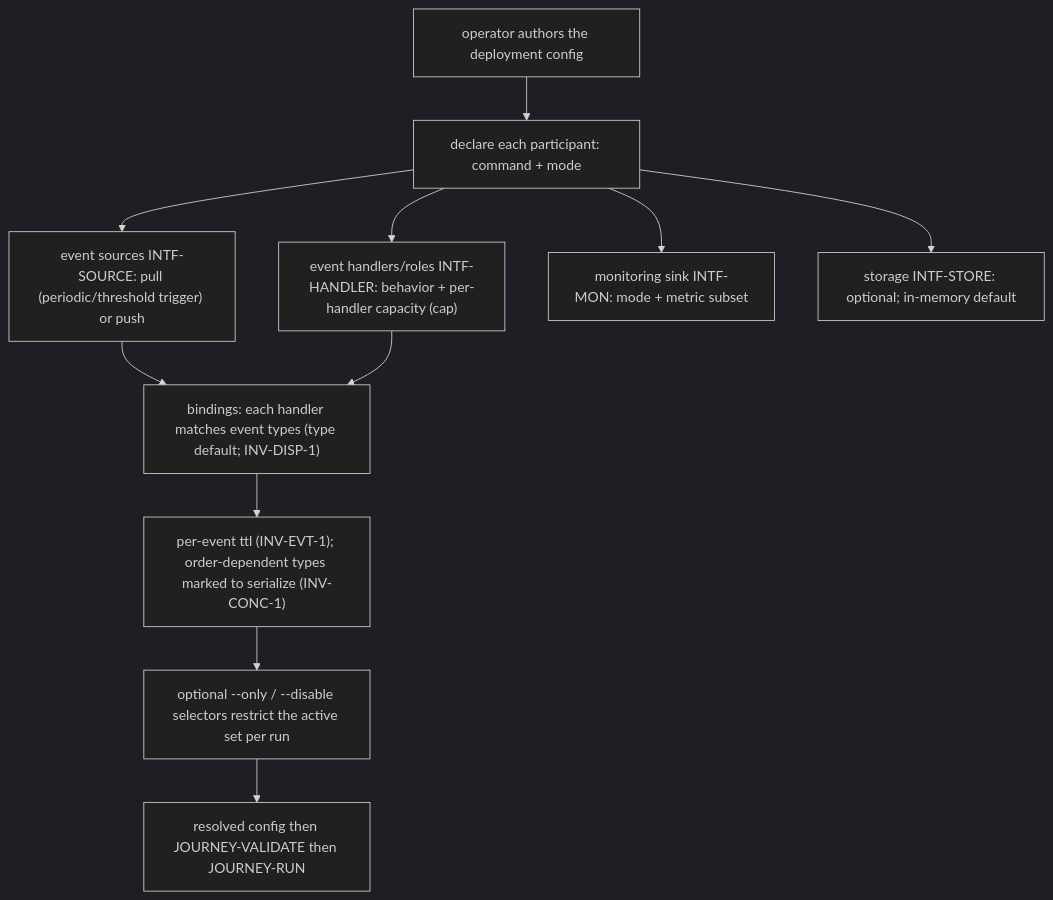
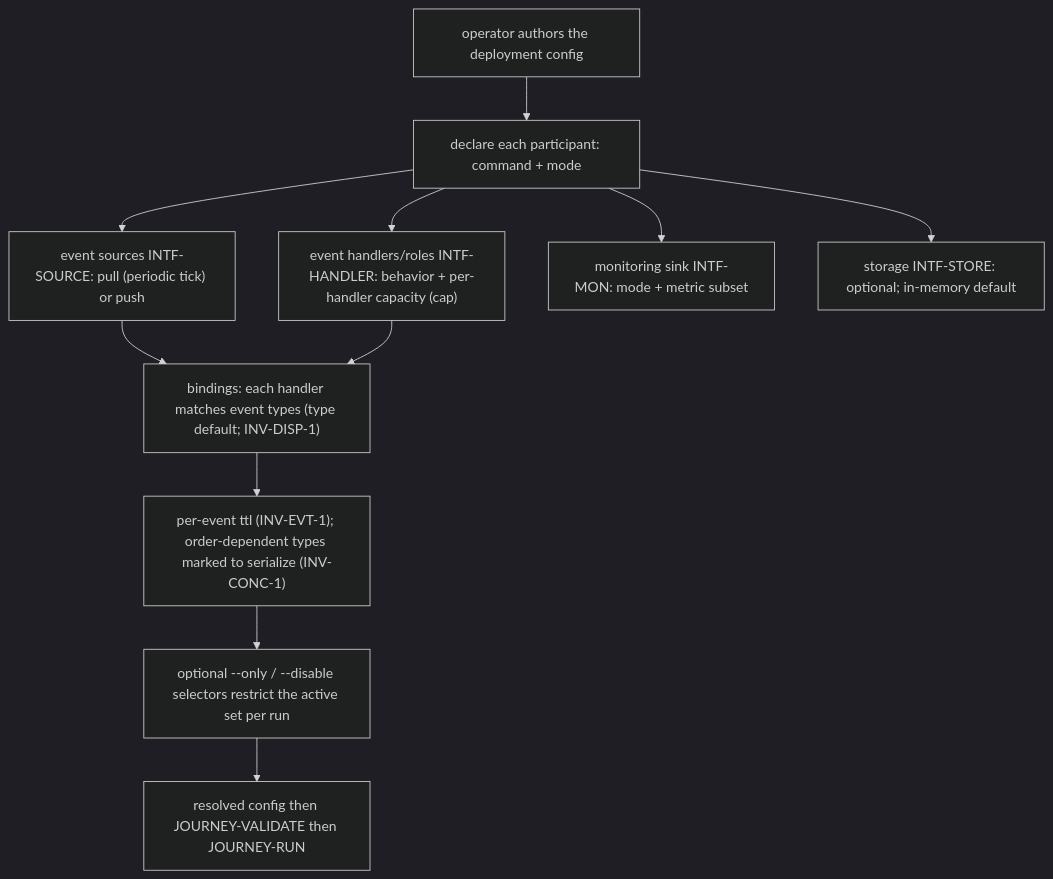
Before and after one commit to phillipgreenii/nix-agent-support: the second of 13 diagrams in packages/pr-pool/docs/behavior/journeys.md, drawn with Mermaid (dark theme). The commit also changed other lines of this file and 5 other files, not shown here.

````diff
--- a/packages/pr-pool/docs/behavior/journeys.md
+++ b/packages/pr-pool/docs/behavior/journeys.md
@@ -154,13 +156,13 @@
 ```mermaid
 flowchart TD
     start["operator authors the deployment config"] --> parts["declare each participant: command + mode"]
-    parts --> src["event sources INTF-SOURCE: pull (periodic/threshold trigger) or push"]
+    parts --> src["event sources INTF-SOURCE: pull (periodic tick) or push"]
     parts --> hdl["event handlers/roles INTF-HANDLER: behavior + per-handler capacity (cap)"]
     parts --> mon["monitoring sink INTF-MON: mode + metric subset"]
     parts --> sto["storage INTF-STORE: optional; in-memory default"]
     src --> bind["bindings: each handler matches event types (type default; INV-DISP-1)"]
     hdl --> bind
     bind --> ttl["per-event ttl (INV-EVT-1); order-dependent types marked to serialize (INV-CONC-1)"]
     ttl --> sel["optional --only / --disable selectors restrict the active set per run"]
     sel --> out["resolved config then JOURNEY-VALIDATE then JOURNEY-RUN"]
 ```
````
